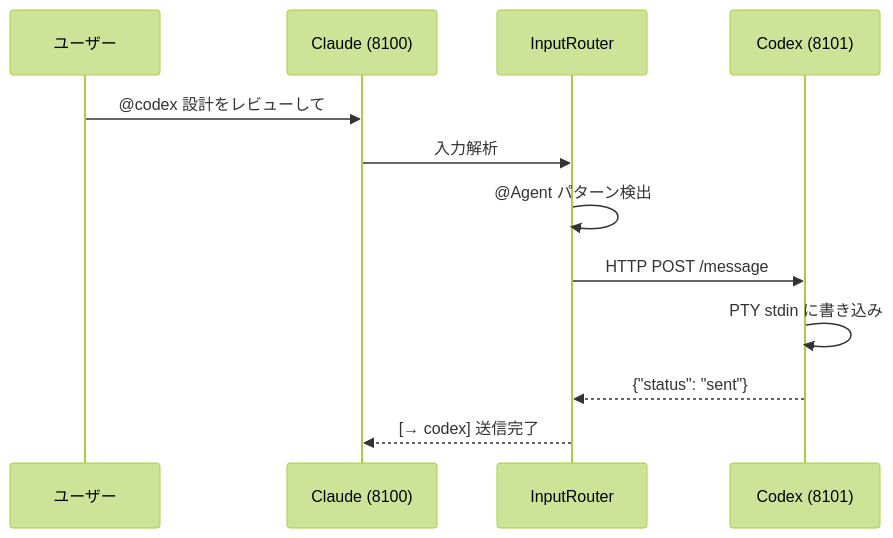
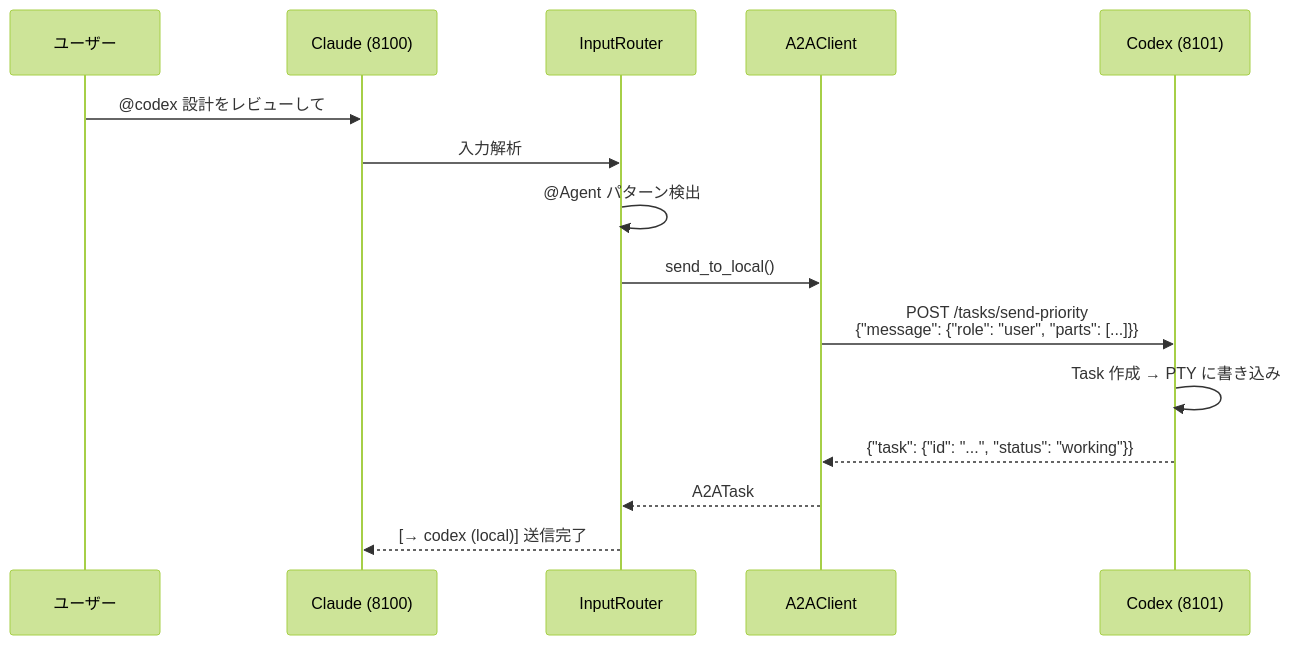
Before and after one commit to s-hiraoku/synapse-a2a: the third of 3 diagrams in README.md, drawn with Mermaid (forest theme). The commit also changed other lines of this file and 6 other files, not shown here.

````diff
--- a/README.md
+++ b/README.md
@@ -156,15 +193,18 @@
 ```mermaid
 sequenceDiagram
     participant User as ユーザー
     participant Claude as Claude (8100)
     participant Router as InputRouter
+    participant Client as A2AClient
     participant Codex as Codex (8101)
 
     User->>Claude: @codex 設計をレビューして
     Claude->>Router: 入力解析
     Router->>Router: @Agent パターン検出
-    Router->>Codex: HTTP POST /message
-    Codex->>Codex: PTY stdin に書き込み
-    Codex-->>Router: {"status": "sent"}
-    Router-->>Claude: [→ codex] 送信完了
+    Router->>Client: send_to_local()
+    Client->>Codex: POST /tasks/send-priority<br/>{"message": {"role": "user", "parts": [...]}}
+    Codex->>Codex: Task 作成 → PTY に書き込み
+    Codex-->>Client: {"task": {"id": "...", "status": "working"}}
+    Client-->>Router: A2ATask
+    Router-->>Claude: [→ codex (local)] 送信完了
 ```
````
